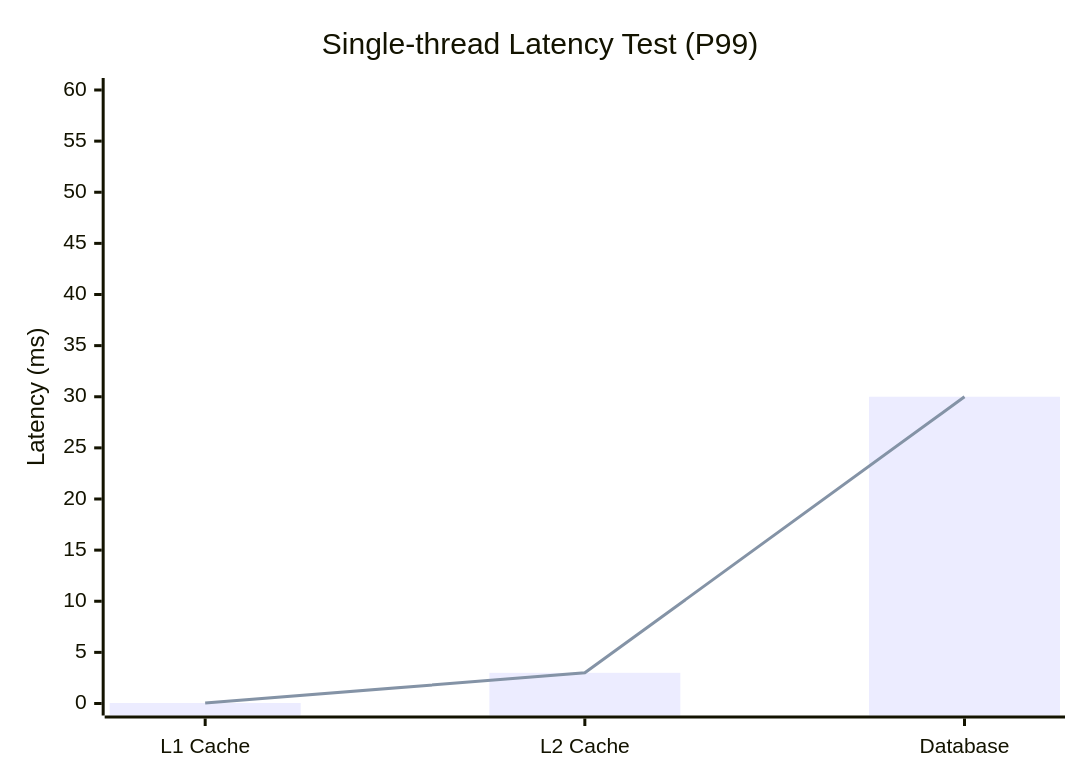
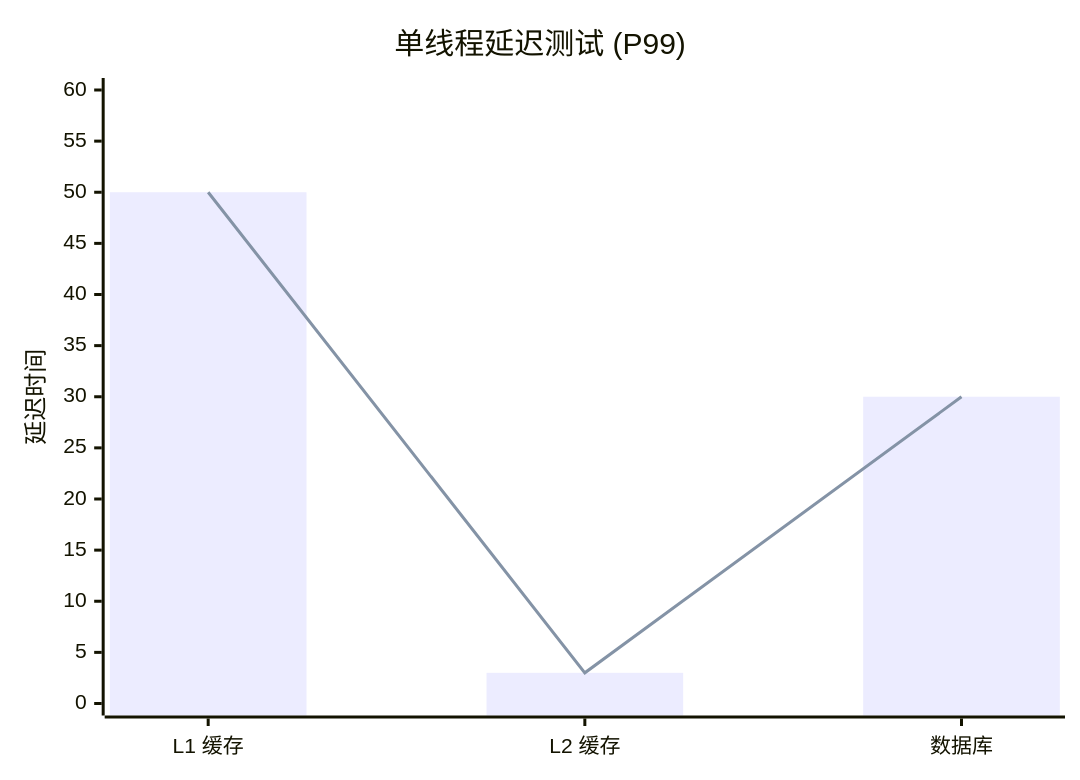
Before and after one commit to Kirky-X/oxcache: the second of 3 diagrams in README.md, drawn with Mermaid. The commit also changed other lines of this file and 3 other files, not shown here.

````diff
--- a/README.md
+++ b/README.md
@@ -541,8 +539,8 @@
 ```mermaid
 xychart-beta
-    title "Single-thread Latency Test (P99)"
-    x-axis ["L1 Cache", "L2 Cache", "Database"]
-    y-axis "Latency (ms)" 0 --> 60
-    bar [0.05, 3, 30]
-    line [0.05, 3, 30]
+    title "单线程延迟测试 (P99)"
+    x-axis ["L1 缓存", "L2 缓存", "数据库"]
+    y-axis "延迟时间" 0 --> 60
+    bar [50, 3, 30]
+    line [50, 3, 30]
 ```
````
